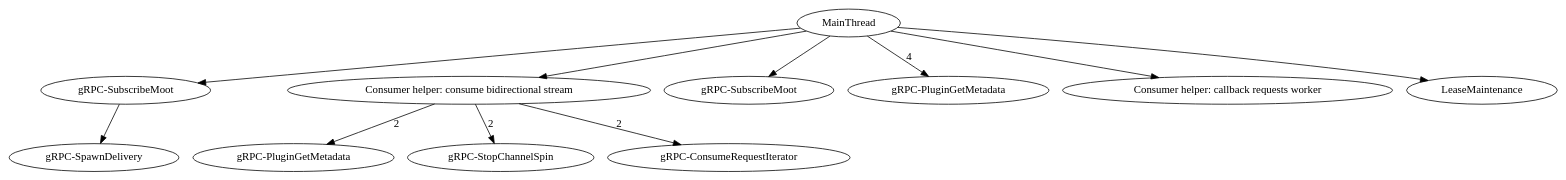
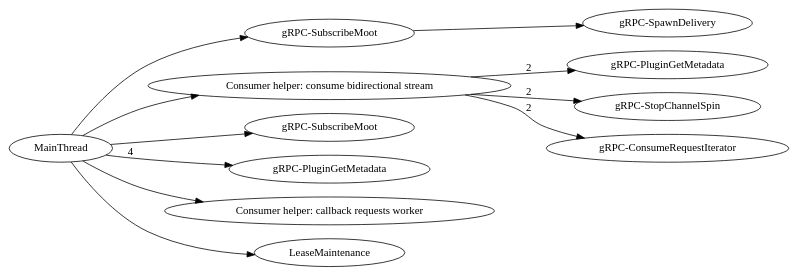
One commit to dhermes/google-cloud-pubsub-performance changed the diagram in no-messages/0.29.0.dot. Above: the diagram before and after it, drawn with Graphviz. The commit also changed 20 other files, not shown here.

Commit message:
Making SVG / dot graphs left to right.

```diff
--- a/no-messages/0.29.0.dot
+++ b/no-messages/0.29.0.dot
@@ -1,50 +1,51 @@
 digraph G {
+rankdir=LR;
 subgraph  {
 }
 
 subgraph  {
 subgraph  {
 }
 
 "Thread-gRPC-SubscribeMoot+" -> "Thread-gRPC-SpawnDelivery";
 }
 
 subgraph  {
 }
 
 subgraph  {
 }
 
 subgraph  {
 subgraph  {
 }
 
 subgraph  {
 }
 
 subgraph  {
 }
 
 "Consumer helper: consume bidirectional stream" -> "Thread-gRPC-PluginGetMetadata++"  [label=2];
 "Consumer helper: consume bidirectional stream" -> "Thread-gRPC-StopChannelSpin"  [label=2];
 "Consumer helper: consume bidirectional stream" -> "Thread-gRPC-ConsumeRequestIterator"  [label=2];
 }
 
 subgraph  {
 }
 
 MainThread -> "Thread-gRPC-SubscribeMoot";
 MainThread -> "Thread-gRPC-SubscribeMoot+";
 MainThread -> "Thread-gRPC-PluginGetMetadata"  [label=4];
 MainThread -> "Consumer helper: callback requests worker";
 MainThread -> "Consumer helper: consume bidirectional stream";
 MainThread -> "Thread-LeaseMaintenance";
-"Thread-gRPC-ConsumeRequestIterator" [label="gRPC-ConsumeRequestIterator"];
+"Thread-gRPC-SubscribeMoot" [label="gRPC-SubscribeMoot"];
+"Thread-gRPC-SpawnDelivery" [label="gRPC-SpawnDelivery"];
 "Thread-LeaseMaintenance" [label=LeaseMaintenance];
-"Thread-gRPC-PluginGetMetadata" [label="gRPC-PluginGetMetadata"];
-"Thread-gRPC-SubscribeMoot" [label="gRPC-SubscribeMoot"];
-"Thread-gRPC-SubscribeMoot+" [label="gRPC-SubscribeMoot"];
-"Thread-gRPC-SpawnDelivery" [label="gRPC-SpawnDelivery"];
 "Thread-gRPC-PluginGetMetadata++" [label="gRPC-PluginGetMetadata"];
 "Thread-gRPC-StopChannelSpin" [label="gRPC-StopChannelSpin"];
+"Thread-gRPC-SubscribeMoot+" [label="gRPC-SubscribeMoot"];
+"Thread-gRPC-PluginGetMetadata" [label="gRPC-PluginGetMetadata"];
+"Thread-gRPC-ConsumeRequestIterator" [label="gRPC-ConsumeRequestIterator"];
 }
```
